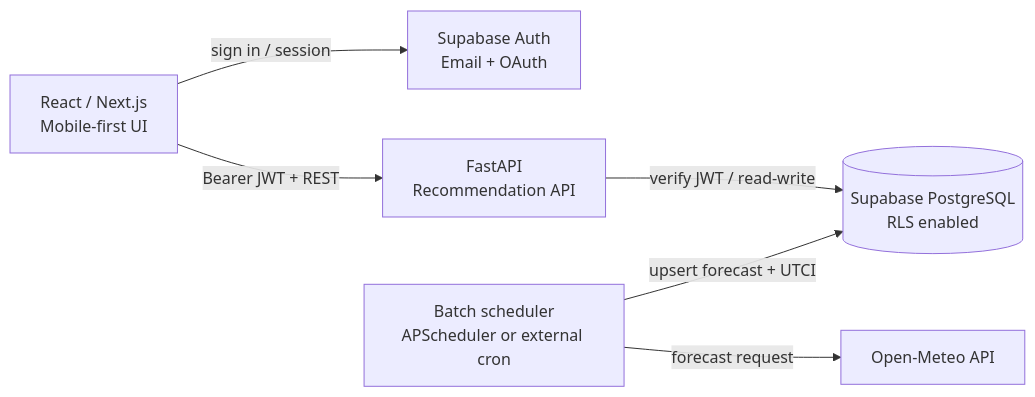
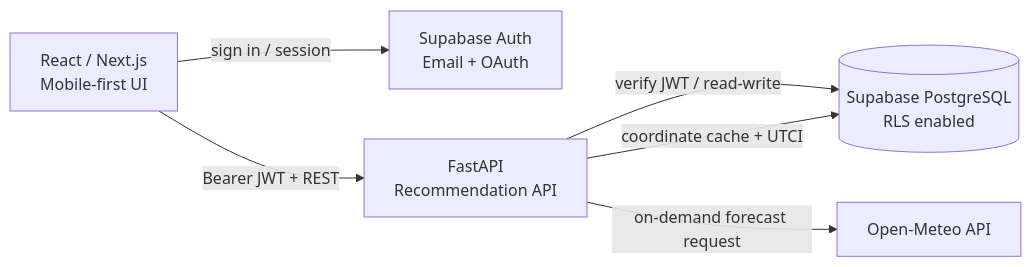
Before and after one commit to junhyeok94-la/PCRS: the diagram in PROJECT_SPEC.md, drawn with Mermaid. The commit also changed other lines of this file and 9 other files, not shown here.

Commit message:
Use on-demand coordinate weather caching

````diff
--- a/PROJECT_SPEC.md
+++ b/PROJECT_SPEC.md
@@ -219,15 +219,14 @@
 ```mermaid
 flowchart LR
   Browser["React / Next.js\nMobile-first UI"]
   Auth["Supabase Auth\nEmail + OAuth"]
   API["FastAPI\nRecommendation API"]
   DB[("Supabase PostgreSQL\nRLS enabled")]
-  Scheduler["Batch scheduler\nAPScheduler or external cron"]
   Weather["Open-Meteo API"]
 
   Browser -->|"sign in / session"| Auth
   Browser -->|"Bearer JWT + REST"| API
   API -->|"verify JWT / read-write"| DB
-  Scheduler -->|"forecast request"| Weather
-  Scheduler -->|"upsert forecast + UTCI"| DB
+  API -->|"on-demand forecast request"| Weather
+  API -->|"coordinate cache + UTCI"| DB
 ```
````
